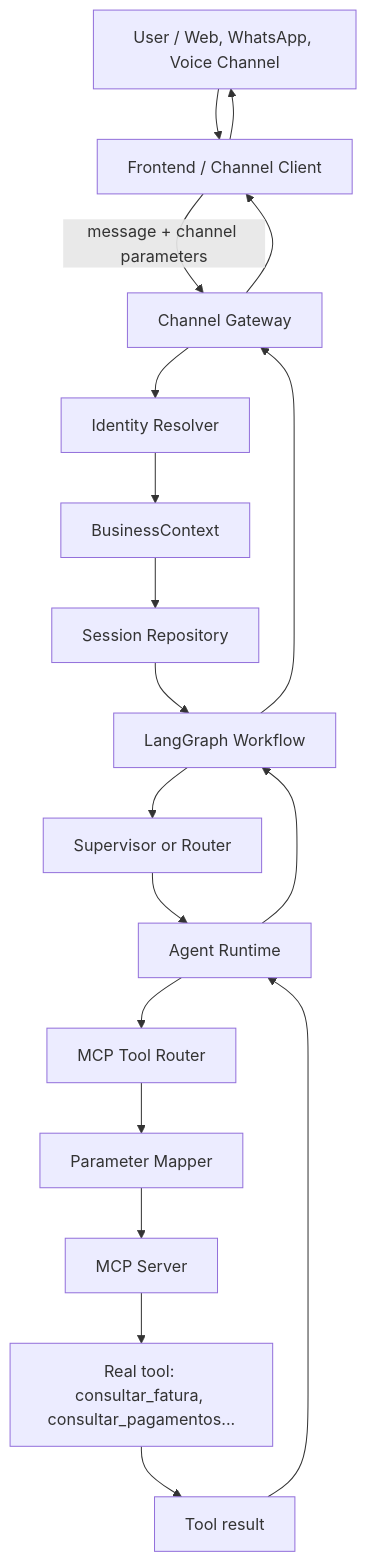
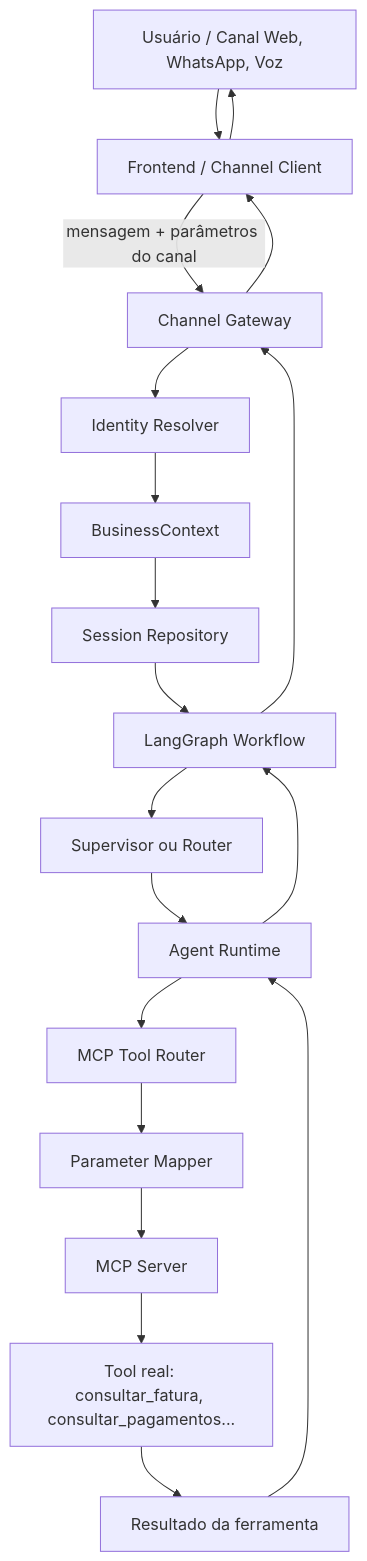
Before and after one commit to hoshikawa2/agent_framework_oci_2: the fourth of 8 diagrams in README.md, drawn with Mermaid. The commit also changed other lines of this file, not shown here.

Commit message:
examples of graph flow

````diff
--- a/README.md
+++ b/README.md
@@ -3609,35 +3932,35 @@
 ```mermaid
 flowchart TD
 
-    U[User / Web, WhatsApp, Voice Channel] --> F[Frontend / Channel Client]
+    U[Usuário / Canal Web, WhatsApp, Voz] --> F[Frontend / Channel Client]
 
-    F -->|message + channel parameters| G[Channel Gateway]
+    F -->|mensagem + parâmetros do canal| G[Channel Gateway]
 
     G --> I[Identity Resolver]
 
     I --> BC[BusinessContext]
 
     BC --> S[Session Repository]
 
     S --> LG[LangGraph Workflow]
 
-    LG --> SUP[Supervisor or Router]
+    LG --> SUP[Supervisor ou Router]
 
     SUP --> AR[Agent Runtime]
 
     AR --> TR[MCP Tool Router]
 
     TR --> MAP[Parameter Mapper]
 
     MAP --> MCP[MCP Server]
 
-    MCP --> TOOL[Real tool: consultar_fatura, consultar_pagamentos...]
+    MCP --> TOOL[Tool real: consultar_fatura, consultar_pagamentos...]
 
-    TOOL --> RES[Tool result]
+    TOOL --> RES[Resultado da ferramenta]
 
     RES --> AR
     AR --> LG
     LG --> G
     G --> F
     F --> U
 ```
````
